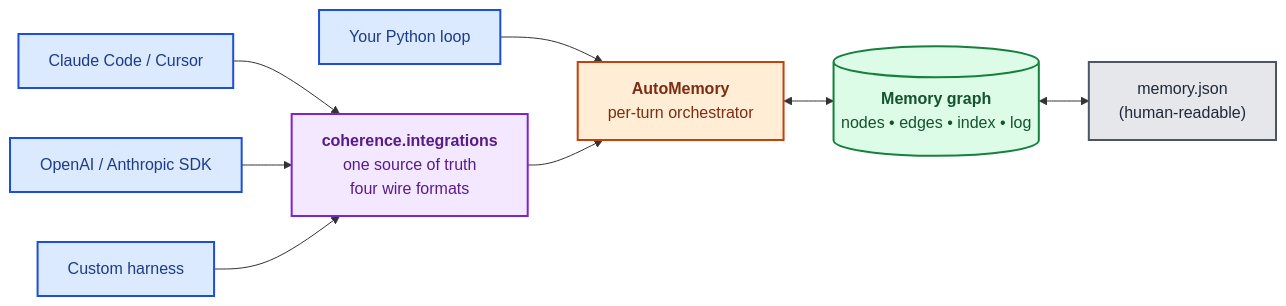
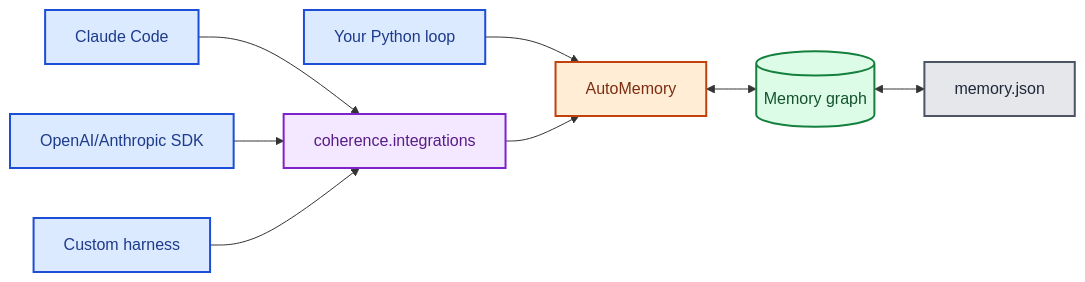
Before and after one commit to vitalops/coherence: the first of 6 diagrams in docs/architecture.md, drawn with Mermaid. The commit also changed other lines of this file, not shown here.

Commit message:
upd: fix ugly diagrams

````diff
--- a/docs/architecture.md
+++ b/docs/architecture.md
@@ -24,28 +25,26 @@
 ```mermaid
 flowchart LR
-    H1["Your Python loop"]:::host
-    H2["Claude Code / Cursor"]:::host
-    H3["OpenAI / Anthropic SDK"]:::host
-    H4["Custom harness"]:::host
+    H1[Your Python loop]:::host
+    H2[Claude Code]:::host
+    H3[OpenAI/Anthropic SDK]:::host
+    H4[Custom harness]:::host
 
-    INT["<b>coherence.integrations</b><br/>one source of truth<br/>four wire formats"]:::adapter
-
-    AM["<b>AutoMemory</b><br/>per-turn orchestrator"]:::auto
-
-    MEM[("<b>Memory graph</b><br/>nodes • edges • index • log")]:::data
-    JSON["memory.json<br/>(human-readable)"]:::disk
+    INT[coherence.integrations]:::adapter
+    AM[AutoMemory]:::auto
+    MEM[(Memory graph)]:::data
+    JSON[memory.json]:::disk
 
     H1 --> AM
     H2 --> INT
     H3 --> INT
     H4 --> INT
     INT --> AM
     AM <--> MEM
     MEM <--> JSON
 
     classDef host fill:#dbeafe,stroke:#1d4ed8,color:#1e3a8a,stroke-width:2px
     classDef adapter fill:#f3e8ff,stroke:#7e22ce,color:#581c87,stroke-width:2px
     classDef auto fill:#ffedd5,stroke:#c2410c,color:#7c2d12,stroke-width:2px
     classDef data fill:#dcfce7,stroke:#15803d,color:#14532d,stroke-width:2px
     classDef disk fill:#e5e7eb,stroke:#4b5563,color:#1f2937,stroke-width:2px
 ```
````
